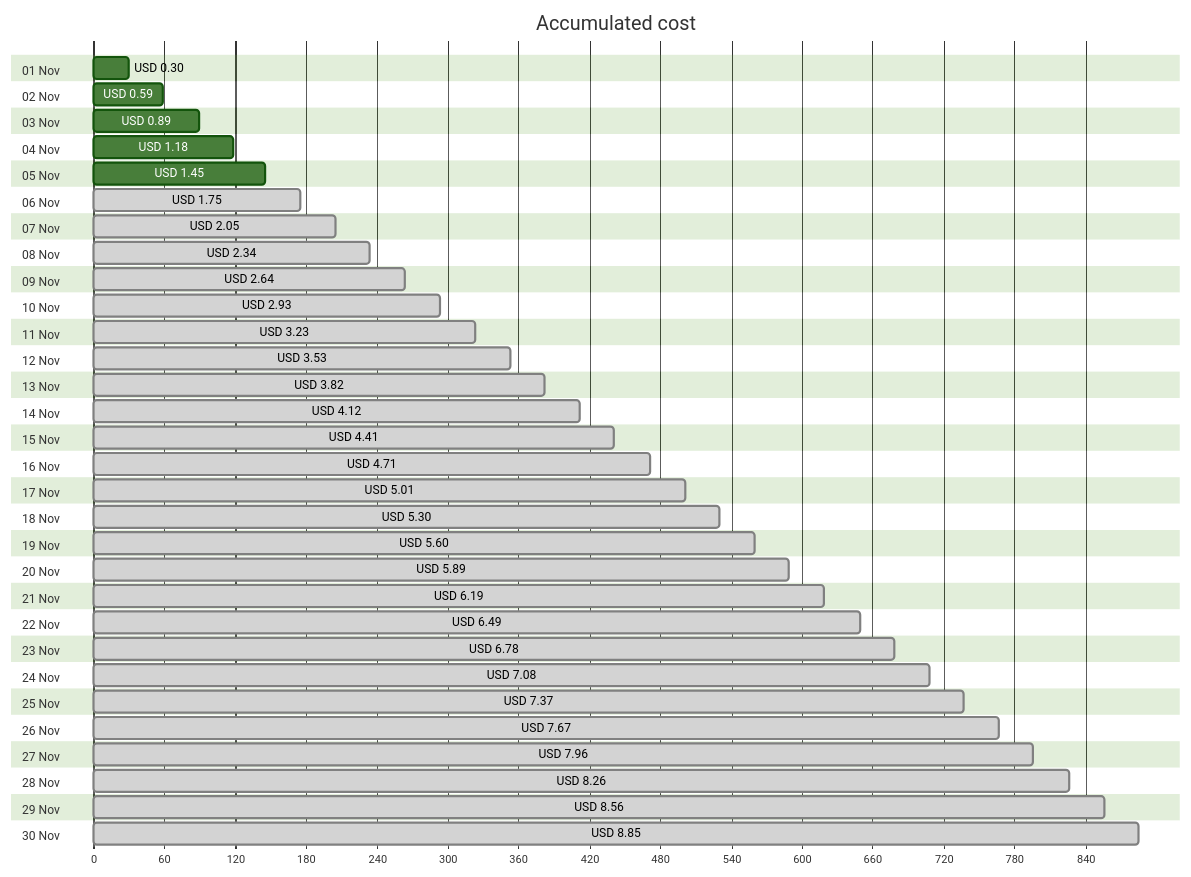
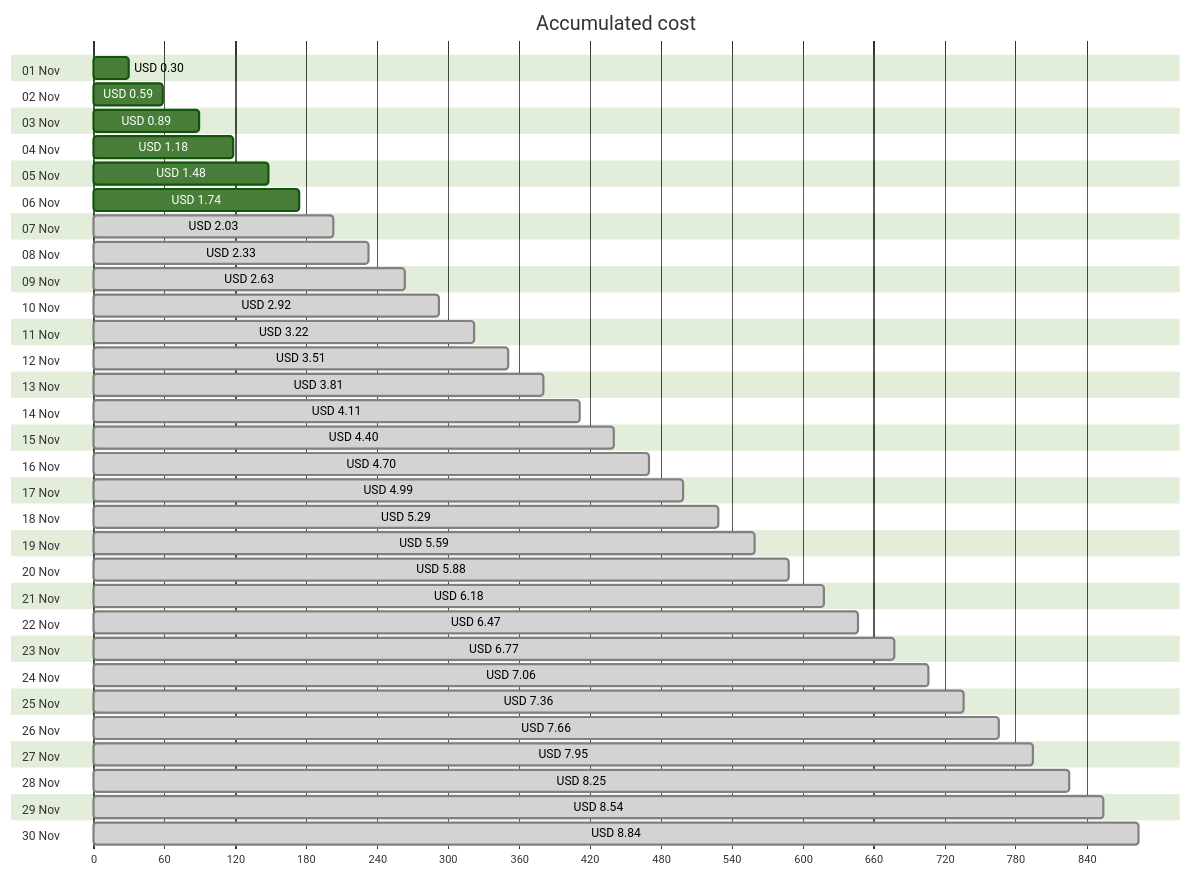
One commit to jpfulton/azure-personal-reports changed the first of 4 diagrams in cost-reports/personal-site/personal-site-preview.md. Above: the diagram before and after it, drawn with Mermaid (forest theme). The commit also changed other lines of this file and 6 other files, not shown here.

````diff
--- a/cost-reports/personal-site/personal-site-preview.md
+++ b/cost-reports/personal-site/personal-site-preview.md
@@ -20,66 +20,66 @@
 ```mermaid
 gantt
    title Accumulated cost
    dateFormat  X
    axisFormat %s
    section 01 Nov
    USD 0.30 :0, 30
    section 02 Nov
    USD 0.59 :0, 59
    section 03 Nov
    USD 0.89 :0, 89
    section 04 Nov
    USD 1.18 :0, 118
    section 05 Nov
-   USD 1.45 :0, 145
+   USD 1.48 :0, 148
    section 06 Nov
-   USD 1.75 : done, 0, 175
+   USD 1.74 :0, 174
    section 07 Nov
-   USD 2.05 : done, 0, 205
+   USD 2.03 : done, 0, 203
    section 08 Nov
-   USD 2.34 : done, 0, 234
+   USD 2.33 : done, 0, 233
    section 09 Nov
-   USD 2.64 : done, 0, 264
+   USD 2.63 : done, 0, 263
    section 10 Nov
-   USD 2.93 : done, 0, 293
+   USD 2.92 : done, 0, 292
    section 11 Nov
-   USD 3.23 : done, 0, 323
+   USD 3.22 : done, 0, 322
    section 12 Nov
-   USD 3.53 : done, 0, 353
+   USD 3.51 : done, 0, 351
    section 13 Nov
-   USD 3.82 : done, 0, 382
+   USD 3.81 : done, 0, 381
    section 14 Nov
-   USD 4.12 : done, 0, 412
+   USD 4.11 : done, 0, 411
    section 15 Nov
-   USD 4.41 : done, 0, 441
+   USD 4.40 : done, 0, 440
    section 16 Nov
-   USD 4.71 : done, 0, 471
+   USD 4.70 : done, 0, 470
    section 17 Nov
-   USD 5.01 : done, 0, 501
+   USD 4.99 : done, 0, 499
    section 18 Nov
-   USD 5.30 : done, 0, 530
+   USD 5.29 : done, 0, 529
    section 19 Nov
-   USD 5.60 : done, 0, 560
+   USD 5.59 : done, 0, 559
    section 20 Nov
-   USD 5.89 : done, 0, 589
+   USD 5.88 : done, 0, 588
    section 21 Nov
-   USD 6.19 : done, 0, 619
+   USD 6.18 : done, 0, 618
    section 22 Nov
-   USD 6.49 : done, 0, 649
+   USD 6.47 : done, 0, 647
    section 23 Nov
-   USD 6.78 : done, 0, 678
+   USD 6.77 : done, 0, 677
    section 24 Nov
-   USD 7.08 : done, 0, 708
+   USD 7.06 : done, 0, 706
    section 25 Nov
-   USD 7.37 : done, 0, 737
+   USD 7.36 : done, 0, 736
    section 26 Nov
-   USD 7.67 : done, 0, 767
+   USD 7.66 : done, 0, 766
    section 27 Nov
-   USD 7.96 : done, 0, 796
+   USD 7.95 : done, 0, 795
    section 28 Nov
-   USD 8.26 : done, 0, 826
+   USD 8.25 : done, 0, 825
    section 29 Nov
-   USD 8.56 : done, 0, 856
+   USD 8.54 : done, 0, 854
    section 30 Nov
-   USD 8.85 : done, 0, 885
+   USD 8.84 : done, 0, 884
 ```
````
